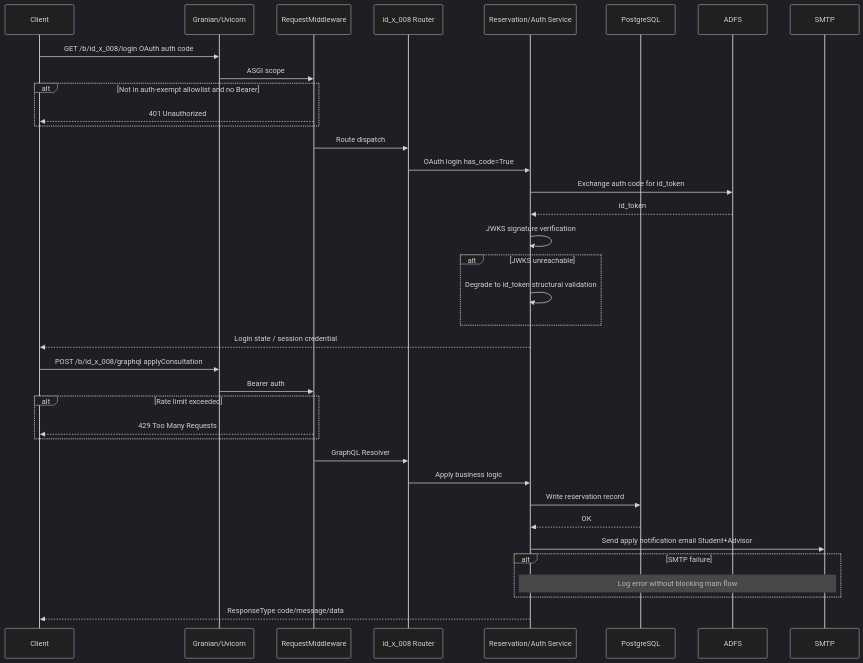
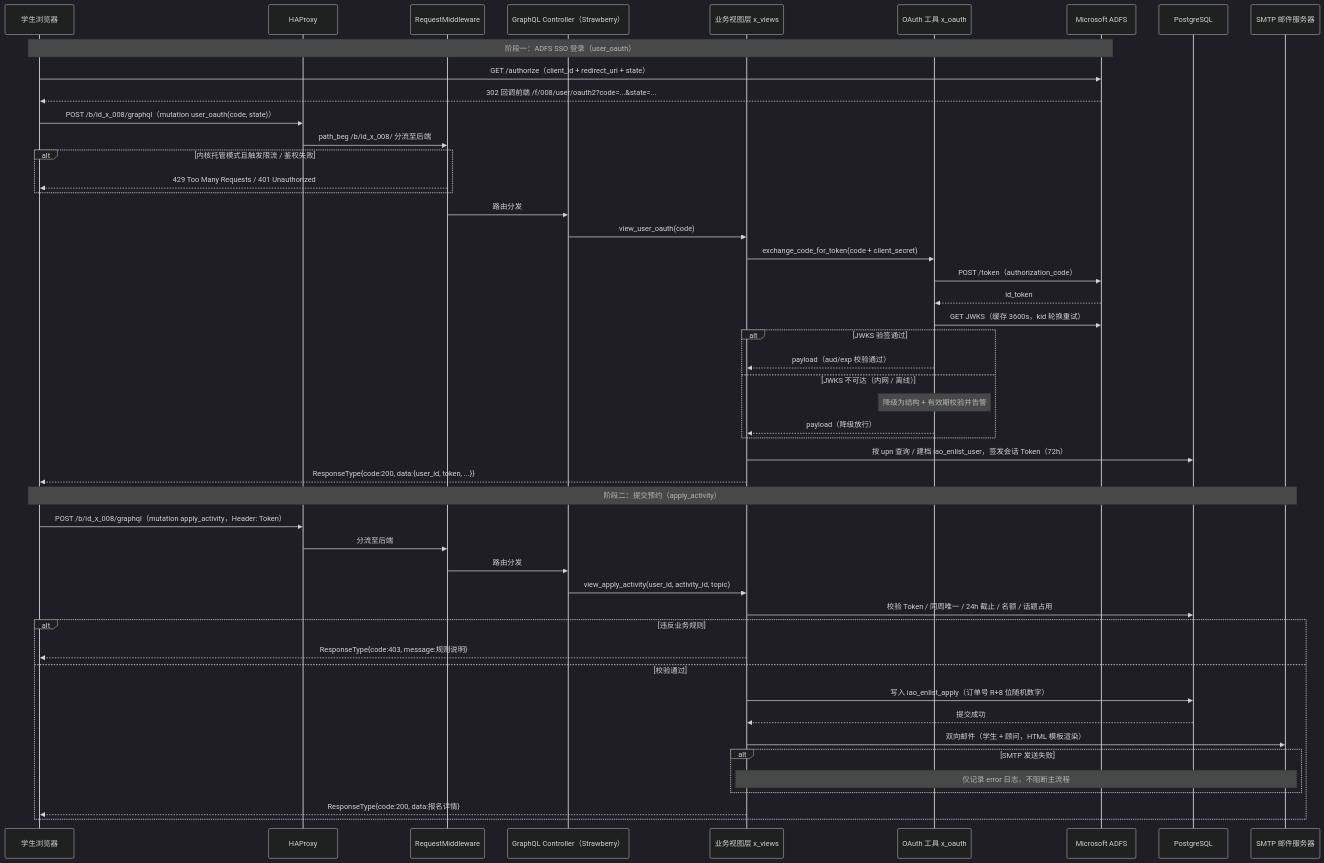
The second of 2 diagrams in README.md (i-TorchLabs/id_x_008), drawn with Mermaid (dark theme) before and after one commit. The commit also changed other lines of this file, not shown here.

````diff
--- a/README.md
+++ b/README.md
@@ -113,41 +127,53 @@
 ```mermaid
 sequenceDiagram
-    participant CL as Client
-    participant GW as Granian/Uvicorn
+    participant CL as 学生浏览器
+    participant HP as HAProxy
     participant MW as RequestMiddleware
-    participant RT as id_x_008 Router
-    participant SVC as Reservation/Auth Service
-    participant DB as PostgreSQL
-    participant ADFS as ADFS
-    participant SMTP as SMTP
+    participant RT as GraphQL Controller（Strawberry）
+    participant VIEWS as 业务视图层 x_views
+    participant OAUTH as OAuth 工具 x_oauth
+    participant ADFS as Microsoft ADFS
+    participant PG as PostgreSQL
+    participant SMTP as SMTP 邮件服务器
 
-    CL->>GW: GET /b/id_x_008/login OAuth auth code
-    GW->>MW: ASGI scope
-    alt Not in auth-exempt allowlist and no Bearer
-        MW-->>CL: 401 Unauthorized
+    Note over CL,ADFS: 阶段一：ADFS SSO 登录（user_oauth）
+    CL->>ADFS: GET /authorize（client_id + redirect_uri + state）
+    ADFS-->>CL: 302 回调前端 /f/008/user/oauth2?code=...&state=...
+    CL->>HP: POST /b/id_x_008/graphql（mutation user_oauth(code, state)）
+    HP->>MW: path_beg /b/id_x_008/ 分流至后端
+    alt 内核托管模式且触发限流 / 鉴权失败
+        MW-->>CL: 429 Too Many Requests / 401 Unauthorized
     end
-    MW->>RT: Route dispatch
-    RT->>SVC: OAuth login has_code=True
-    SVC->>ADFS: Exchange auth code for id_token
-    ADFS-->>SVC: id_token
-    SVC->>SVC: JWKS signature verification
-    alt JWKS unreachable
-        SVC->>SVC: Degrade to id_token structural validation
+    MW->>RT: 路由分发
+    RT->>VIEWS: view_user_oauth(code)
+    VIEWS->>OAUTH: exchange_code_for_token(code + client_secret)
+    OAUTH->>ADFS: POST /token（authorization_code）
+    ADFS-->>OAUTH: id_token
+    OAUTH->>ADFS: GET JWKS（缓存 3600s，kid 轮换重试）
+    alt JWKS 验签通过
+        OAUTH-->>VIEWS: payload（aud/exp 校验通过）
+    else JWKS 不可达（内网 / 离线）
+        Note over OAUTH: 降级为结构 + 有效期校验并告警
+        OAUTH-->>VIEWS: payload（降级放行）
     end
-    SVC-->>CL: Login state / session credential
+    VIEWS->>PG: 按 upn 查询 / 建档 iao_enlist_user，签发会话 Token（72h）
+    VIEWS-->>CL: ResponseType{code:200, data:{user_id, token, ...}}
 
-    CL->>GW: POST /b/id_x_008/graphql applyConsultation
-    GW->>MW: Bearer auth
-    alt Rate limit exceeded
-        MW-->>CL: 429 Too Many Requests
+    Note over CL,SMTP: 阶段二：提交预约（apply_activity）
+    CL->>HP: POST /b/id_x_008/graphql（mutation apply_activity，Header: Token）
+    HP->>MW: 分流至后端
+    MW->>RT: 路由分发
+    RT->>VIEWS: view_apply_activity(user_id, activity_id, topic)
+    VIEWS->>PG: 校验 Token / 同周唯一 / 24h 截止 / 名额 / 话题占用
+    alt 违反业务规则
+        VIEWS-->>CL: ResponseType{code:403, message:规则说明}
+    else 校验通过
+        VIEWS->>PG: 写入 iao_enlist_apply（订单号 R+8 位随机数字）
+        PG-->>VIEWS: 提交成功
+        VIEWS->>SMTP: 双向邮件（学生 + 顾问，HTML 模板渲染）
+        alt SMTP 发送失败
+            Note over VIEWS,SMTP: 仅记录 error 日志，不阻断主流程
+        end
+        VIEWS-->>CL: ResponseType{code:200, data:报名详情}
     end
-    MW->>RT: GraphQL Resolver
-    RT->>SVC: Apply business logic
-    SVC->>DB: Write reservation record
-    DB-->>SVC: OK
-    SVC->>SMTP: Send apply notification email Student+Advisor
-    alt SMTP failure
-        Note over SVC,SMTP: Log error without blocking main flow
-    end
-    SVC-->>CL: ResponseType code/message/data
 ```
````
